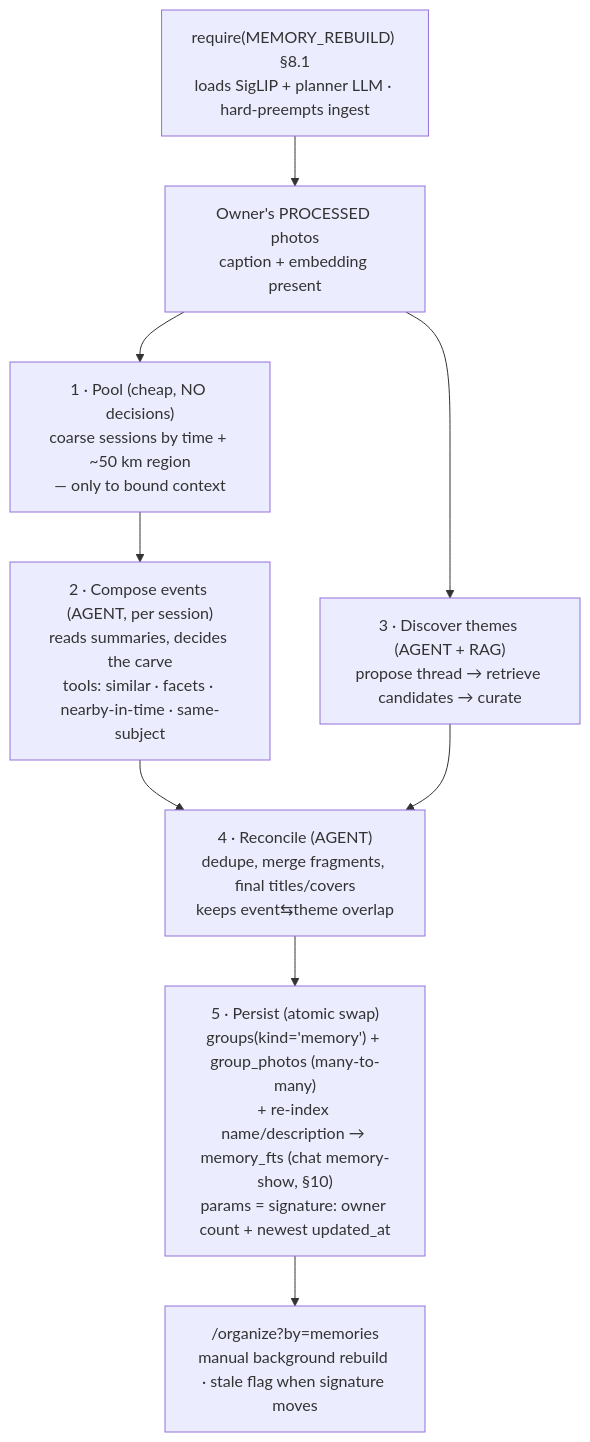
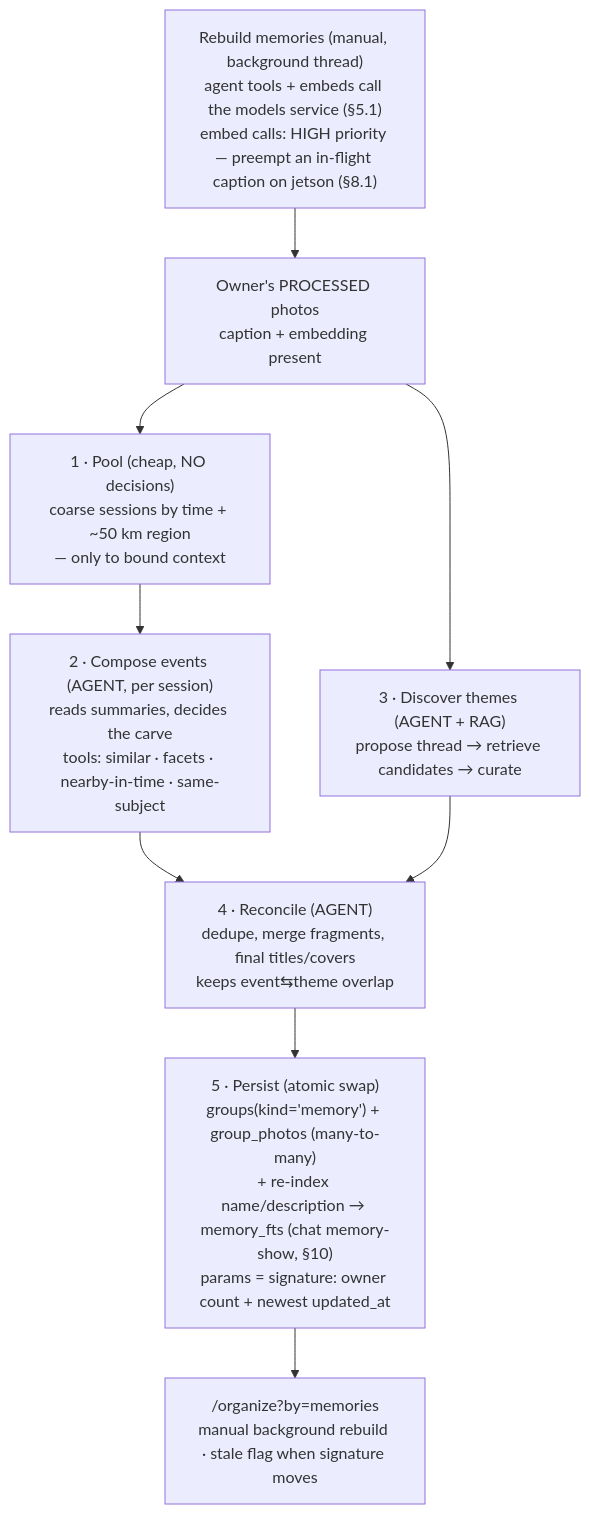
Before and after one commit to sadensmol/ivms777: the sixth of 6 diagrams in docs/design.md, drawn with Mermaid. The commit also changed other lines of this file and 82 other files, not shown here.

````diff
--- a/docs/design.md
+++ b/docs/design.md
@@ -1414,11 +1609,11 @@
 ```mermaid
 flowchart TB
-    lease["require(MEMORY_REBUILD) §8.1<br/>loads SigLIP + planner LLM · hard-preempts ingest"] --> lib
+    mrstart["Rebuild memories (manual, background thread)<br/>agent tools + embeds call the models service (§5.1)<br/>embed calls: HIGH priority — preempt an in-flight caption on jetson (§8.1)"] --> lib
     lib["Owner's PROCESSED photos<br/>caption + embedding present"] --> pool["1 · Pool (cheap, NO decisions)<br/>coarse sessions by time + ~50 km region<br/>— only to bound context"]
     pool --> events["2 · Compose events (AGENT, per session)<br/>reads summaries, decides the carve<br/>tools: similar · facets · nearby-in-time · same-subject"]
     lib --> themes["3 · Discover themes (AGENT + RAG)<br/>propose thread → retrieve candidates → curate"]
     events --> recon["4 · Reconcile (AGENT)<br/>dedupe, merge fragments, final titles/covers<br/>keeps event⇆theme overlap"]
     themes --> recon
     recon --> persist["5 · Persist (atomic swap)<br/>groups(kind='memory') + group_photos (many-to-many)<br/>+ re-index name/description → memory_fts (chat memory-show, §10)<br/>params = signature: owner count + newest updated_at"]
     persist --> ui["/organize?by=memories<br/>manual background rebuild · stale flag when signature moves"]
 ```
````
